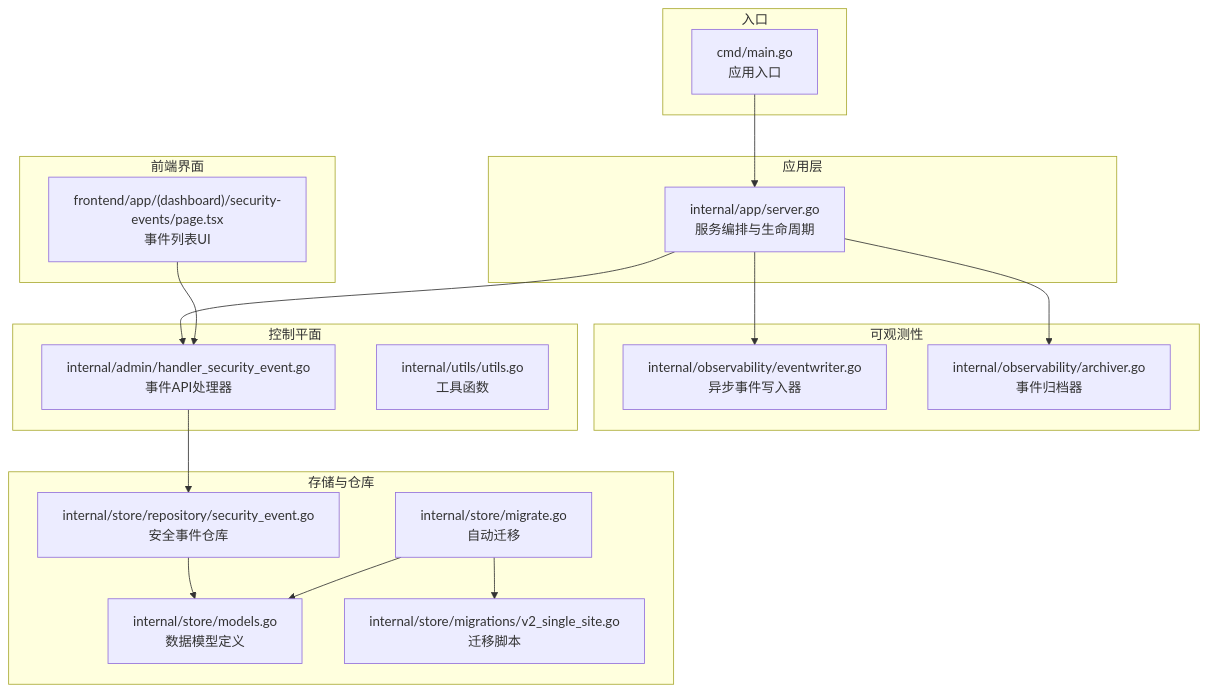
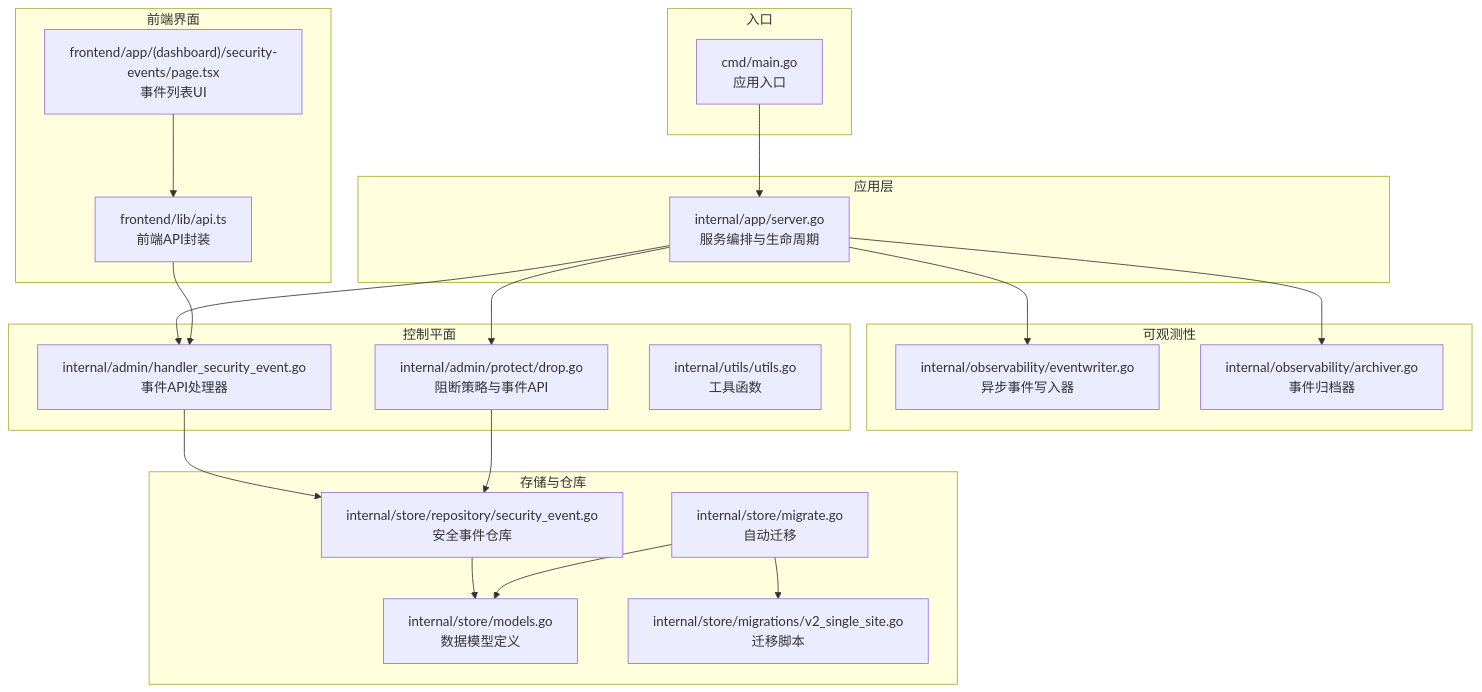
The first of 8 diagrams in docs/监控与可观测性/事件归档系统.md (x01n/My-OpenWaf), drawn with Mermaid before and after one commit. The commit also changed other lines of this file and 199 other files, not shown here.

````diff
--- a/docs/监控与可观测性/事件归档系统.md
+++ b/docs/监控与可观测性/事件归档系统.md
@@ -37,35 +41,40 @@
 ```mermaid
 graph TB
 subgraph "入口"
 MAIN["cmd/main.go<br/>应用入口"]
 end
 subgraph "应用层"
 SERVER["internal/app/server.go<br/>服务编排与生命周期"]
 end
 subgraph "可观测性"
 EVENTWRITER["internal/observability/eventwriter.go<br/>异步事件写入器"]
 ARCHIVER["internal/observability/archiver.go<br/>事件归档器"]
 end
 subgraph "存储与仓库"
 MODELS["internal/store/models.go<br/>数据模型定义"]
 REPO["internal/store/repository/security_event.go<br/>安全事件仓库"]
 MIGRATE["internal/store/migrate.go<br/>自动迁移"]
 MIGRATION["internal/store/migrations/v2_single_site.go<br/>迁移脚本"]
 end
 subgraph "控制平面"
 HANDLER["internal/admin/handler_security_event.go<br/>事件API处理器"]
+DROP_HANDLER["internal/admin/protect/drop.go<br/>阻断策略与事件API"]
 UTILS["internal/utils/utils.go<br/>工具函数"]
 end
 subgraph "前端界面"
 UI["frontend/app/(dashboard)/security-events/page.tsx<br/>事件列表UI"]
+FRONTEND_API["frontend/lib/api.ts<br/>前端API封装"]
 end
 MAIN --> SERVER
 SERVER --> EVENTWRITER
 SERVER --> ARCHIVER
 SERVER --> HANDLER
+SERVER --> DROP_HANDLER
 HANDLER --> REPO
+DROP_HANDLER --> REPO
 REPO --> MODELS
 MIGRATE --> MODELS
 MIGRATE --> MIGRATION
-UI --> HANDLER
+UI --> FRONTEND_API
+FRONTEND_API --> HANDLER
 ```
````
